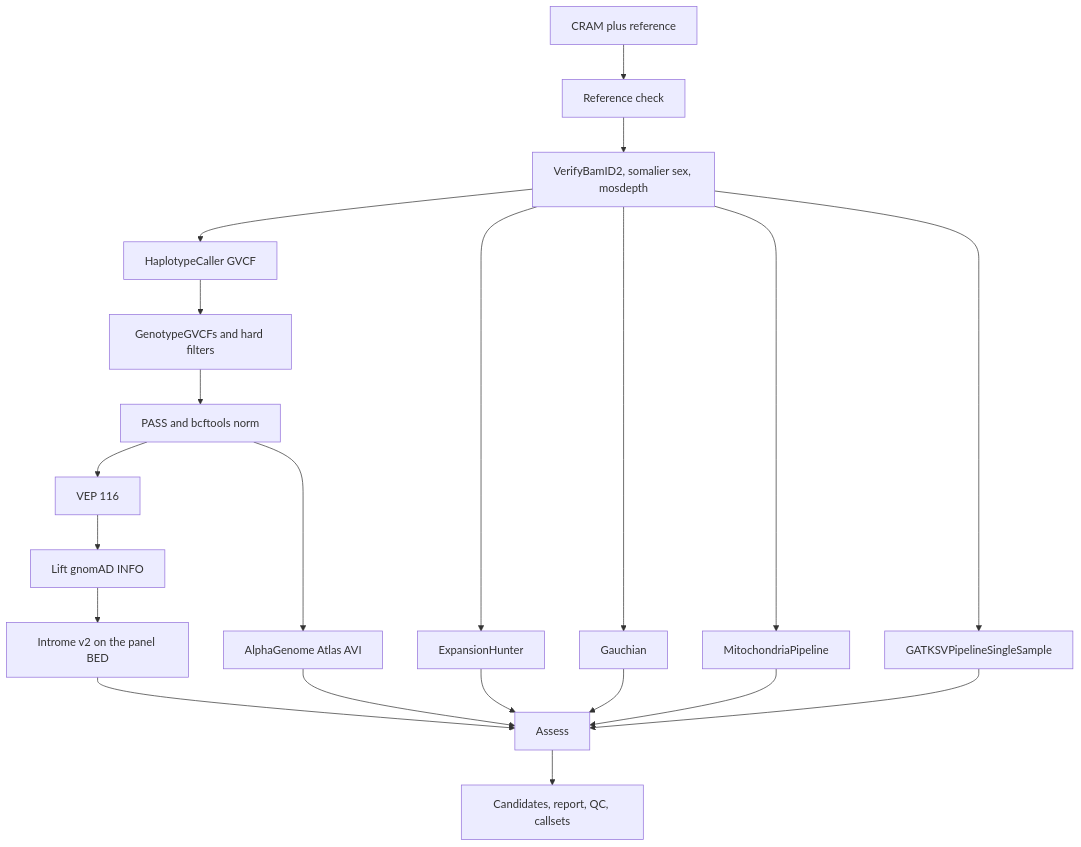
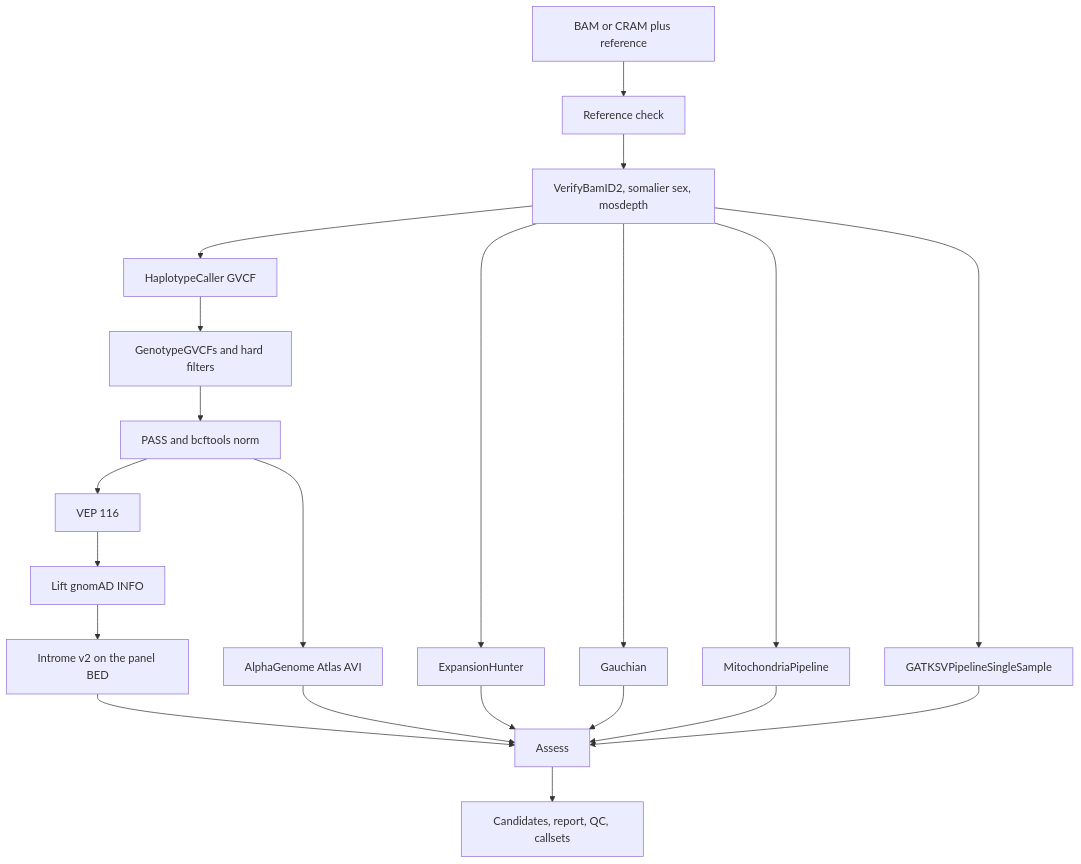
The diagram in README.md (gqworks/pdsample-terra), drawn with Mermaid before and after one commit. The commit also changed other lines of this file and 6 other files, not shown here.

First line of the commit message:
Bind Terra sample alignment to bam_or_cram_file and bai

````diff
--- a/README.md
+++ b/README.md
@@ -5,23 +5,23 @@
 ```mermaid
 flowchart TD
-  cram[CRAM plus reference] --> check[Reference check]
+  cram[BAM or CRAM plus reference] --> check[Reference check]
   check --> qc[VerifyBamID2, somalier sex, mosdepth]
   qc --> hc[HaplotypeCaller GVCF]
   hc --> gt[GenotypeGVCFs and hard filters]
   gt --> norm[PASS and bcftools norm]
   norm --> vep[VEP 116]
   vep --> lift[Lift gnomAD INFO]
   lift --> introme[Introme v2 on the panel BED]
   norm --> avi[AlphaGenome Atlas AVI]
   qc --> eh[ExpansionHunter]
   qc --> gba[Gauchian]
   qc --> mito[MitochondriaPipeline]
   qc --> gatksv[GATKSVPipelineSingleSample]
   introme --> assess[Assess]
   avi --> assess[Assess]
   eh --> assess
   gba --> assess
   mito --> assess
   gatksv --> assess
   assess --> row[Candidates, report, QC, callsets]
 ```
````
